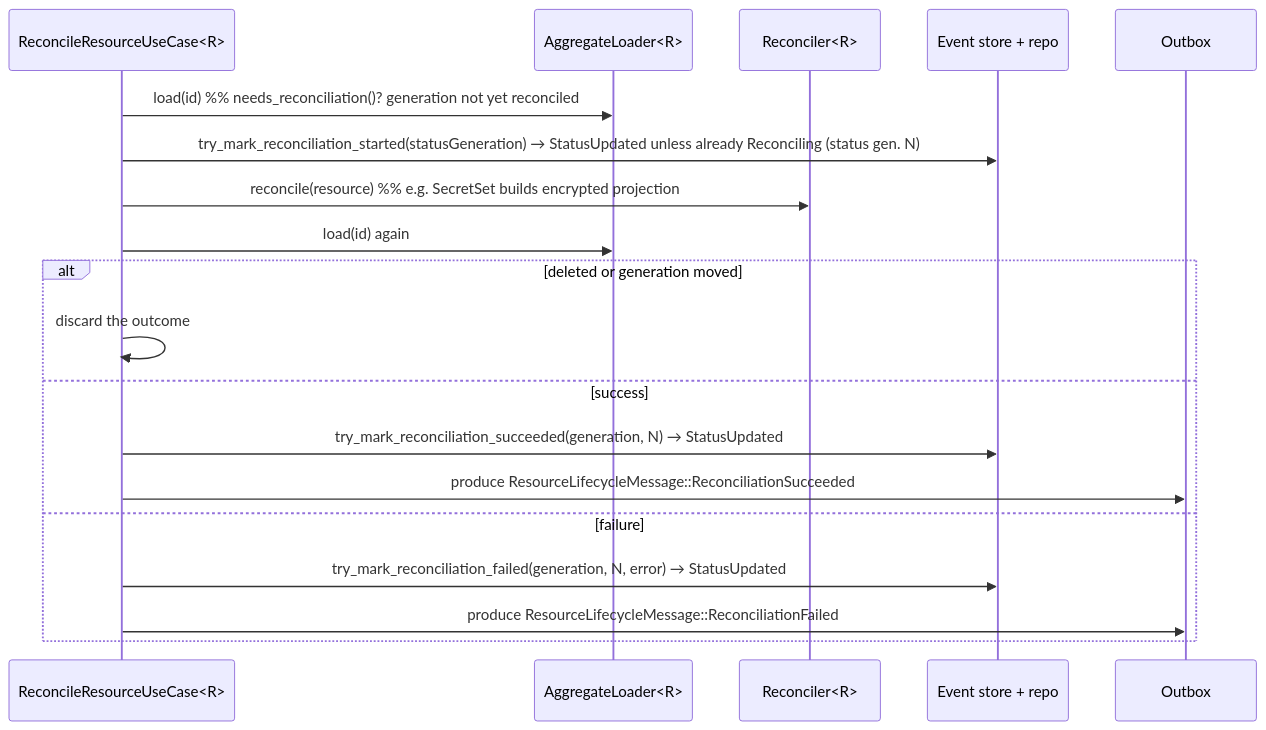
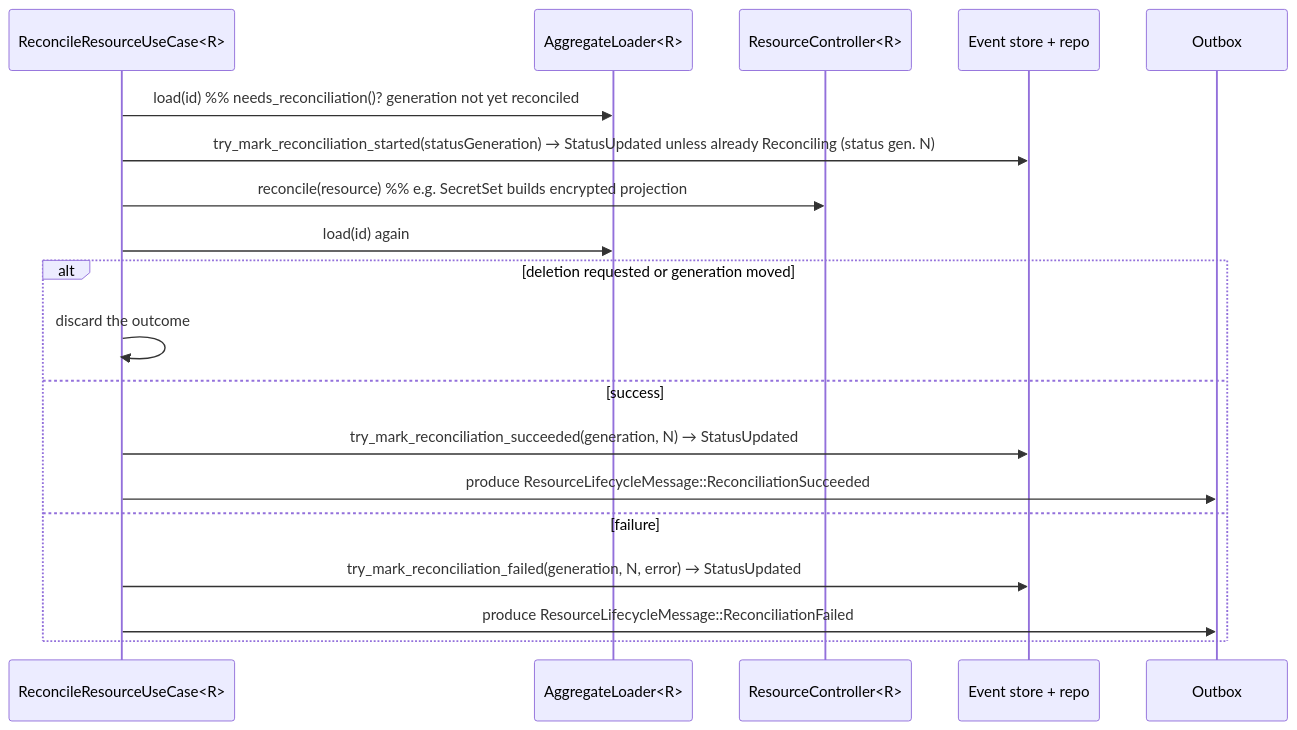
The third of 6 diagrams in docs/internal/resources-framework.md (kamu-data/kamu-cli), drawn with Mermaid before and after one commit. The commit also changed other lines of this file and 213 other files, not shown here.

First line of the commit message:
Resource deletion now takes two steps, following ODF v0.42.1 (Resource Framework § Phases).

````diff
--- a/docs/internal/resources-framework.md
+++ b/docs/internal/resources-framework.md
@@ -1259,22 +1303,22 @@
 ```mermaid
 sequenceDiagram
     participant UC as ReconcileResourceUseCase<R>
     participant L as AggregateLoader<R>
-    participant Rec as Reconciler<R>
+    participant Ctl as ResourceController<R>
     participant ST as Event store + repo
     participant OB as Outbox
 
     UC->>L: load(id)  %% needs_reconciliation()? generation not yet reconciled
     UC->>ST: try_mark_reconciliation_started(statusGeneration) → StatusUpdated unless already Reconciling (status gen. N)
-    UC->>Rec: reconcile(resource)  %% e.g. SecretSet builds encrypted projection
+    UC->>Ctl: reconcile(resource)  %% e.g. SecretSet builds encrypted projection
     UC->>L: load(id) again
-    alt deleted or generation moved
+    alt deletion requested or generation moved
         UC->>UC: discard the outcome
     else success
         UC->>ST: try_mark_reconciliation_succeeded(generation, N) → StatusUpdated
         UC->>OB: produce ResourceLifecycleMessage::ReconciliationSucceeded
     else failure
         UC->>ST: try_mark_reconciliation_failed(generation, N, error) → StatusUpdated
         UC->>OB: produce ResourceLifecycleMessage::ReconciliationFailed
     end
 ```
````
